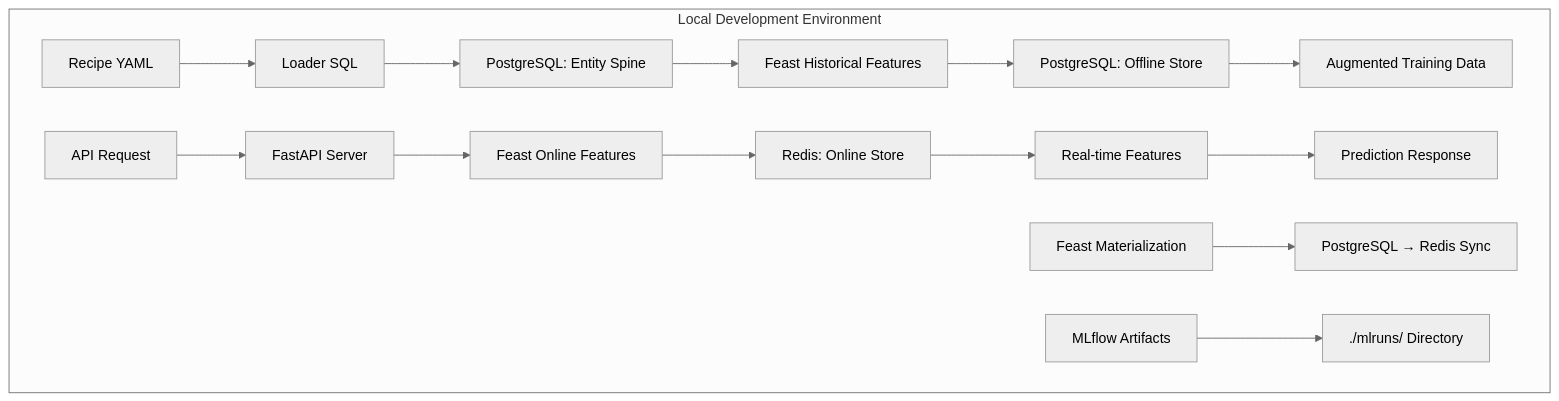
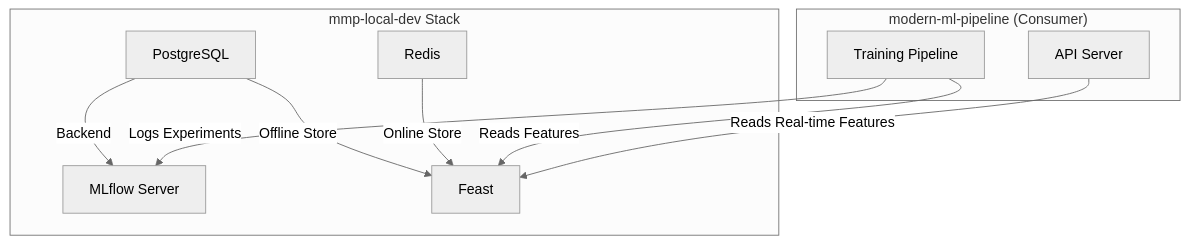
Before and after one commit to wooshikwon/modern-ml-pipeline: the first of 2 diagrams in docs/INFRASTRUCTURE_STACKS.md, drawn with Mermaid (neutral theme). The commit also changed other lines of this file and 222 other files, not shown here.

````diff
--- a/docs/INFRASTRUCTURE_STACKS.md
+++ b/docs/INFRASTRUCTURE_STACKS.md
@@ -39,20 +46,14 @@
 ```mermaid
 graph TD
-    subgraph "Local Development Environment"
-        A[Recipe YAML] --> B[Loader SQL]
-        B --> C[PostgreSQL: Entity Spine]
-        C --> D[Feast Historical Features]
-        D --> E[PostgreSQL: Offline Store] 
-        E --> F[Augmented Training Data]
-        
-        G[API Request] --> H[FastAPI Server]
-        H --> I[Feast Online Features]
-        I --> J[Redis: Online Store]
-        J --> K[Real-time Features]
-        K --> L[Prediction Response]
-        
-        M[Feast Materialization] --> N[PostgreSQL → Redis Sync]
-        
-        O[MLflow Artifacts] --> P[./mlruns/ Directory]
+    subgraph "mmp-local-dev Stack"
+        A[PostgreSQL] -- Backend --> B[MLflow Server]
+        A -- Offline Store --> C[Feast]
+        D[Redis] -- Online Store --> C
+    end
+
+    subgraph "modern-ml-pipeline (Consumer)"
+        E[Training Pipeline] -- Reads Features --> C
+        E -- Logs Experiments --> B
+        F[API Server] -- Reads Real-time Features --> C
     end
 ```
````
